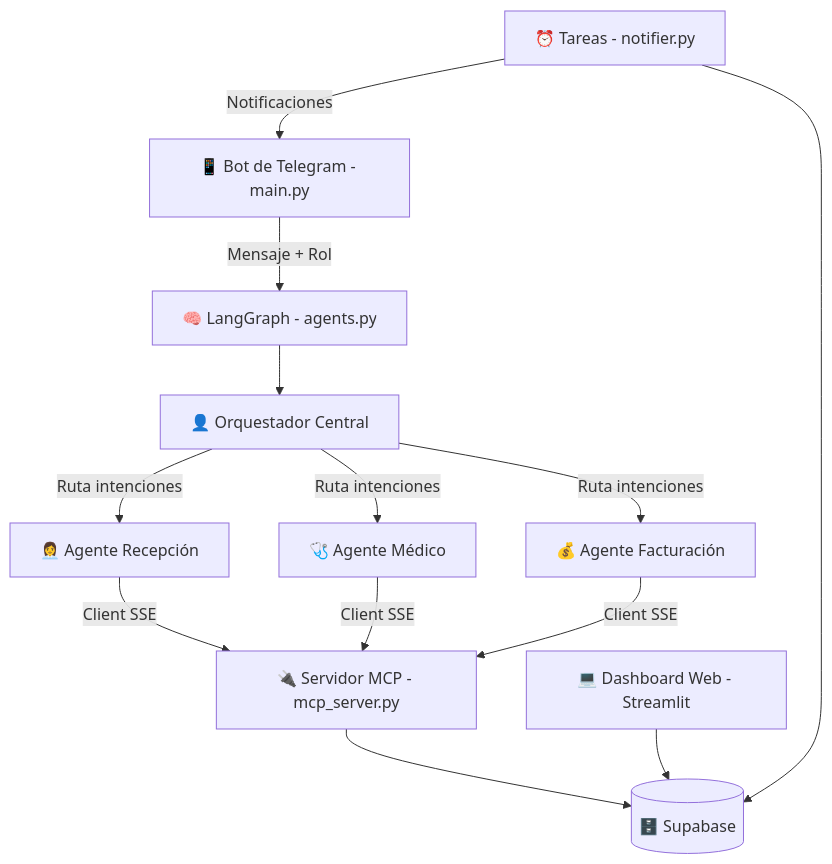
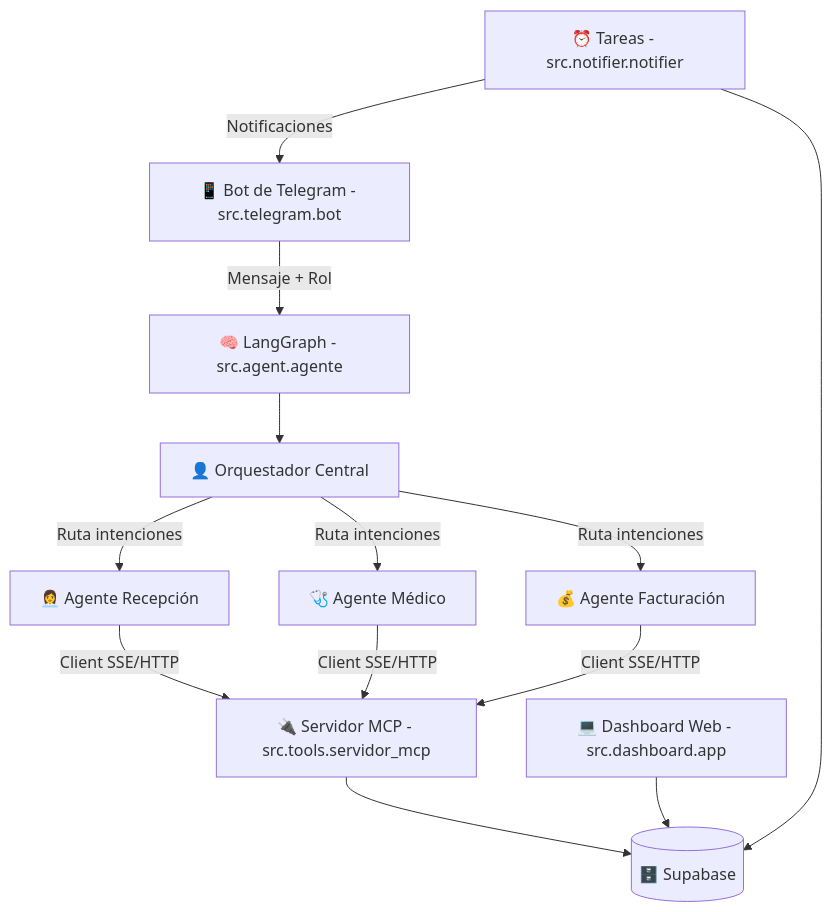
Before and after one commit to IzpoDev/SMA_AutomaDent: the first of 2 diagrams in doc/arquitectura_proyecto.md, drawn with Mermaid. The commit also changed other lines of this file and 4 other files, not shown here.

````diff
--- a/doc/arquitectura_proyecto.md
+++ b/doc/arquitectura_proyecto.md
@@ -11,36 +11,36 @@
 ```mermaid
 graph TD
     %% Interfaces
-    Telegram[📱 Bot de Telegram - main.py]
-    Dashboard[💻 Dashboard Web - Streamlit]
-    Cron[⏰ Tareas - notifier.py]
+    Telegram[📱 Bot de Telegram - src.telegram.bot]
+    Dashboard[💻 Dashboard Web - src.dashboard.app]
+    Cron[⏰ Tareas - src.notifier.notifier]
 
     %% Capa de Orquestación e IA
-    SMA[🧠 LangGraph - agents.py]
+    SMA[🧠 LangGraph - src.agent.agente]
     Supervisor[👤 Orquestador Central]
     Recepcion[👩‍💼 Agente Recepción]
     Medico[🩺 Agente Médico]
     Facturacion[💰 Agente Facturación]
 
     %% Capa de Datos (MCP)
-    MCPServer[🔌 Servidor MCP - mcp_server.py]
+    MCPServer[🔌 Servidor MCP - src.tools.servidor_mcp]
     DB[(🗄️ Supabase)]
 
     %% Flujos Principales
     Telegram -->|Mensaje + Rol| SMA
     SMA --> Supervisor
     Supervisor -->|Ruta intenciones| Recepcion
     Supervisor -->|Ruta intenciones| Medico
     Supervisor -->|Ruta intenciones| Facturacion
 
     %% Conexión de herramientas MCP
-    Recepcion -- "Client SSE" --> MCPServer
-    Medico -- "Client SSE" --> MCPServer
-    Facturacion -- "Client SSE" --> MCPServer
+    Recepcion -- "Client SSE/HTTP" --> MCPServer
+    Medico -- "Client SSE/HTTP" --> MCPServer
+    Facturacion -- "Client SSE/HTTP" --> MCPServer
     
     %% Base de Datos
     MCPServer --> DB
     Dashboard --> DB
     Cron --> DB
     Cron -->|Notificaciones| Telegram
 ```
````
